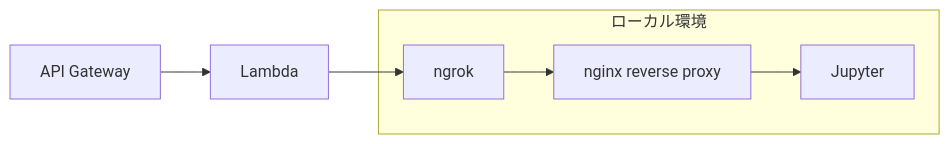
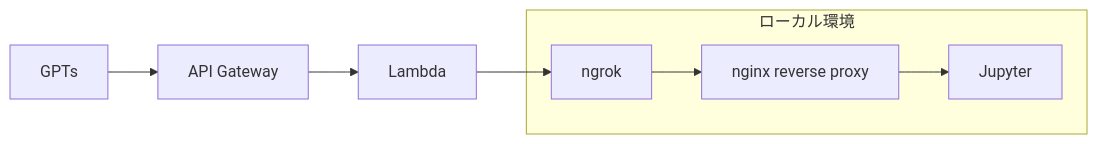
One commit to phishing-hunter/zenn.dev changed the diagram in articles/gpts-actions.md. Above: the diagram before and after it, drawn with Mermaid.

Commit message:
Add GPTs node connecting to API Gateway in graph

````diff
--- a/articles/gpts-actions.md
+++ b/articles/gpts-actions.md
@@ -22,9 +22,10 @@
 ```mermaid
 graph LR;
+    GPT[GPTs] --> A[API Gateway];
     A[API Gateway] --> B[Lambda];
     B --> C[ngrok];
     subgraph ローカル環境
         C --> D[nginx reverse proxy];
         D --> E[Jupyter];
     end
 ```
````
